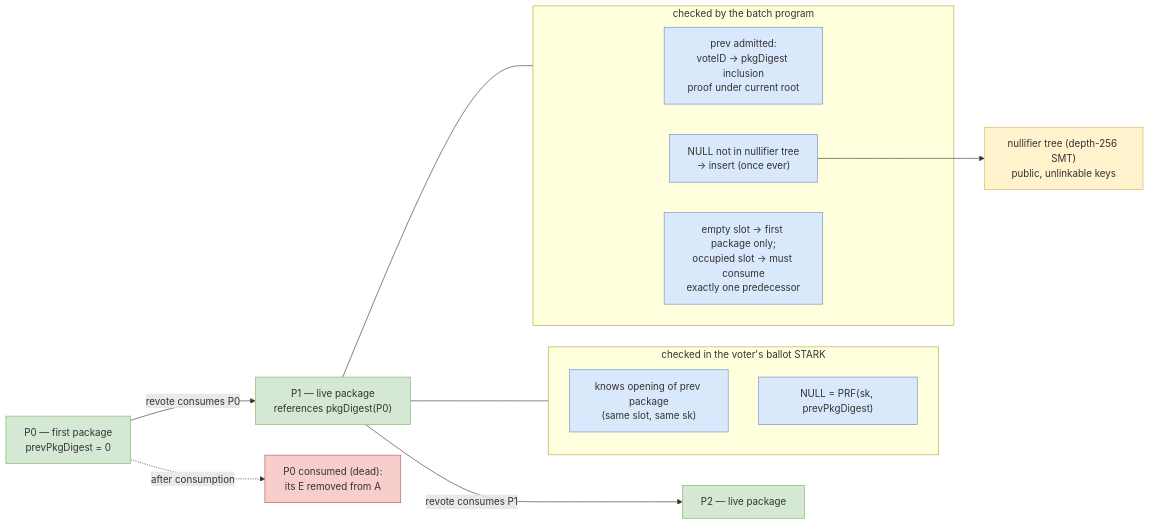
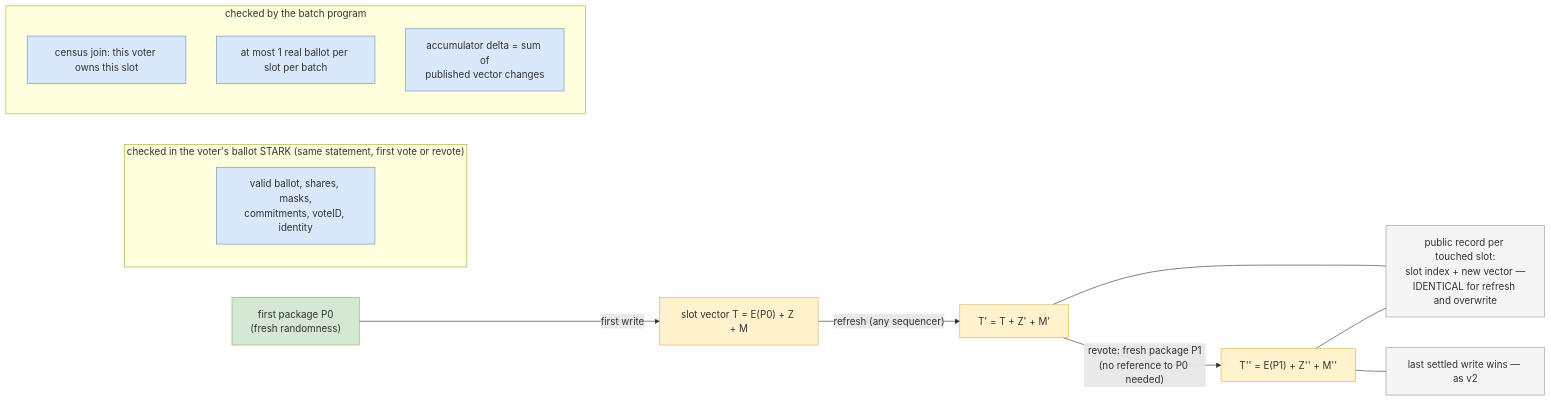
Before and after one commit to vocdoni/davinci-paper: the diagram in v3-pq/figures/src/revote-lifecycle.mmd, drawn with Mermaid. The commit also changed 6 other files, not shown here.

```diff
--- a/v3-pq/figures/src/revote-lifecycle.mmd
+++ b/v3-pq/figures/src/revote-lifecycle.mmd
@@ -1,21 +1,21 @@
 flowchart LR
   classDef pkg fill:#d5e8d4,stroke:#82b366;
-  classDef dead fill:#f8cecc,stroke:#b85450;
+  classDef slot fill:#fff2cc,stroke:#d6b656;
   classDef chk fill:#dae8fc,stroke:#6c8ebf;
-  classDef st fill:#fff2cc,stroke:#d6b656;
-  P0["P0 — first package<br/>prevPkgDigest = 0"]:::pkg -->|"revote consumes P0"| P1["P1 — live package<br/>references pkgDigest(P0)"]:::pkg
-  P1 -->|"revote consumes P1"| P2["P2 — live package"]:::pkg
-  P0 -.->|"after consumption"| D0["P0 consumed (dead):<br/>its E removed from A"]:::dead
-  subgraph STARK["checked in the voter's ballot STARK"]
-    S1["knows opening of prev package<br/>(same slot, same sk)"]:::chk
-    S2["NULL = PRF(sk, prevPkgDigest)"]:::chk
+  classDef pub fill:#f5f5f5,stroke:#999999;
+  P0["first package P0<br/>(fresh randomness)"]:::pkg -->|"first write"| T1["slot vector T = E(P0) + Z + M"]:::slot
+  T1 -->|"refresh (any sequencer)"| T2["T' = T + Z' + M'"]:::slot
+  T2 -->|"revote: fresh package P1<br/>(no reference to P0 needed)"| T3["T'' = E(P1) + Z'' + M''"]:::slot
+  O["public record per touched slot:<br/>slot index + new vector —<br/>IDENTICAL for refresh and overwrite"]:::pub
+  T2 --- O
+  T3 --- O
+  subgraph STARK["checked in the voter's ballot STARK (same statement, first vote or revote)"]
+    S1["valid ballot, shares, masks,<br/>commitments, voteID, identity"]:::chk
   end
   subgraph BATCH["checked by the batch program"]
-    B1["prev admitted:<br/>voteID → pkgDigest inclusion<br/>proof under current root"]:::chk
-    B2["NULL not in nullifier tree<br/>→ insert (once ever)"]:::chk
-    B3["empty slot → first package only;<br/>occupied slot → must consume<br/>exactly one predecessor"]:::chk
+    B1["census join: this voter owns this slot"]:::chk
+    B2["at most 1 real ballot per slot per batch"]:::chk
+    B3["accumulator delta = sum of<br/>published vector changes"]:::chk
   end
-  P1 --- STARK
-  P1 --- BATCH
-  N["nullifier tree (depth-256 SMT)<br/>public, unlinkable keys"]:::st
-  B2 --> N
+  P1x["last settled write wins — as v2"]:::pub
+  T3 --- P1x
```
